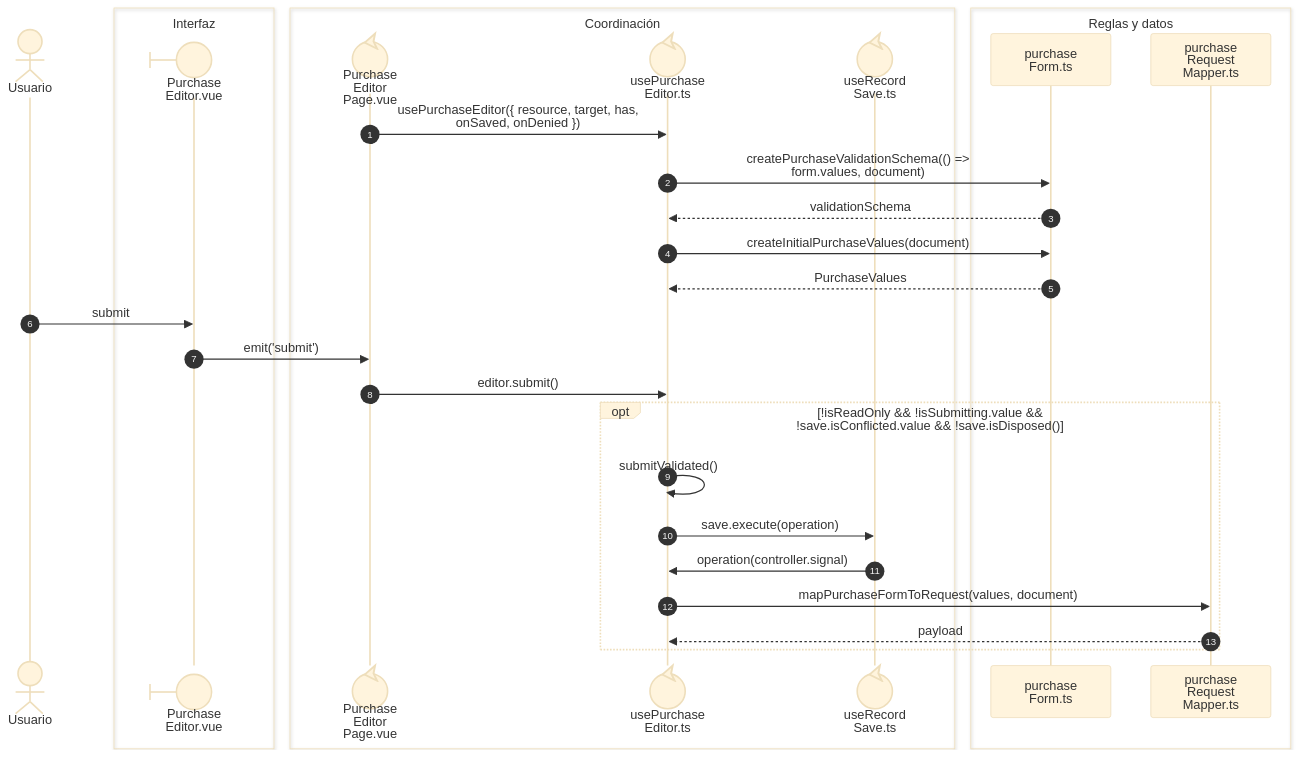
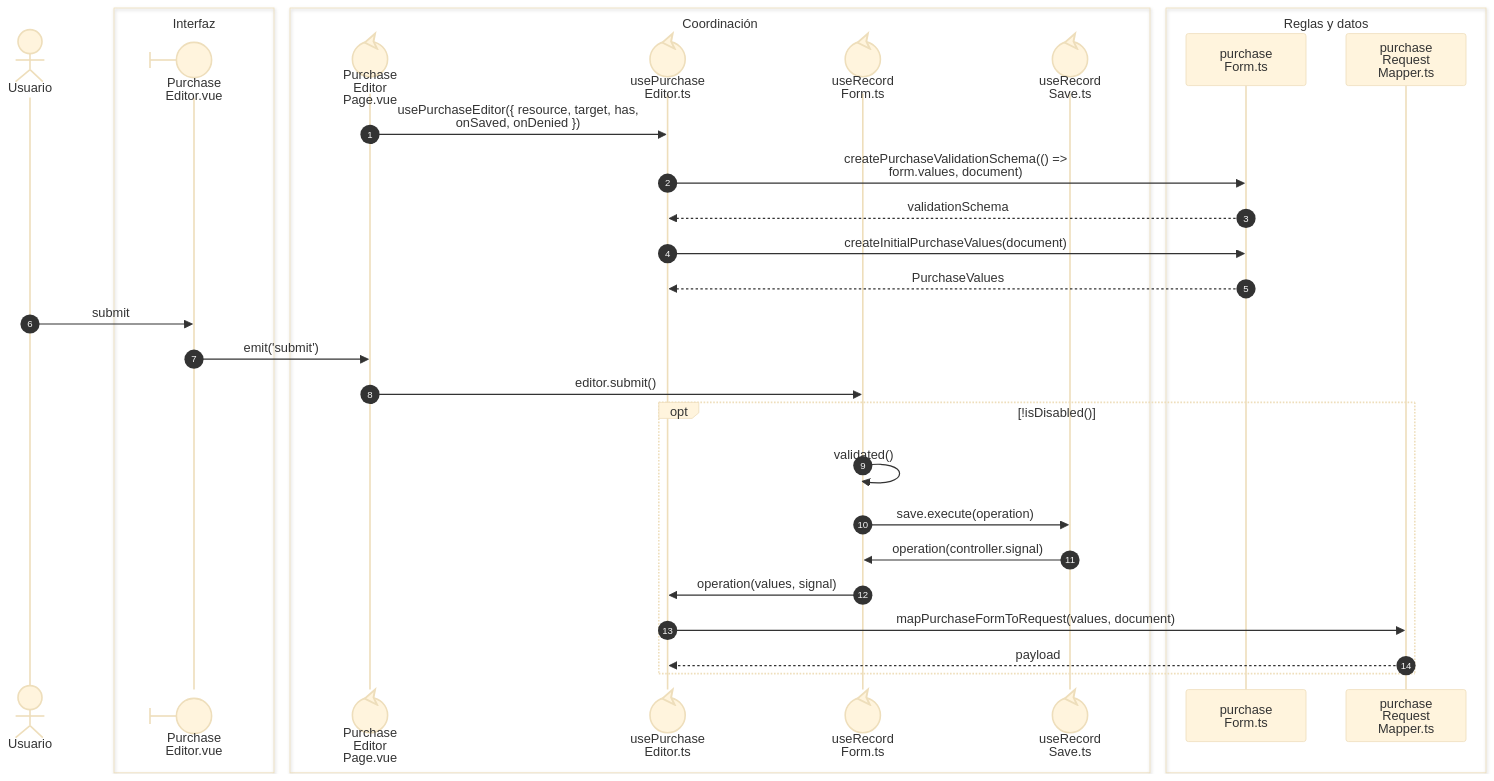
Before and after one commit to gpgsistemas01/nexus: the first of 3 diagrams in front/docs/architecture/views/processes/06-purchases/02-purchase-save.md, drawn with Mermaid (base theme). The commit also changed other lines of this file and 82 other files, not shown here.

````diff
--- a/front/docs/architecture/views/processes/06-purchases/02-purchase-save.md
+++ b/front/docs/architecture/views/processes/06-purchases/02-purchase-save.md
@@ -9,32 +9,34 @@
 ```mermaid
 sequenceDiagram
     autonumber
     actor U as Usuario
     box Interfaz
     participant Form@{ "type": "boundary" } as Purchase<br/>Editor.vue
     end
     box Coordinación
     participant Page@{ "type": "control" } as Purchase<br/>Editor<br/>Page.vue
     participant Editor@{ "type": "control" } as usePurchase<br/>Editor.ts
+    participant Record@{ "type": "control" } as useRecord<br/>Form.ts
     participant Save@{ "type": "control" } as useRecord<br/>Save.ts
     end
     box Reglas y datos
     participant Schema as purchase<br/>Form.ts
     participant Mapper as purchase<br/>Request<br/>Mapper.ts
     end
     Page->>Editor: nowrap: usePurchaseEditor({ resource, target, has,<br/>onSaved, onDenied })
     Editor->>Schema: nowrap: createPurchaseValidationSchema(() =><br/>form.values, document)
     Schema-->>Editor: nowrap: validationSchema
     Editor->>Schema: nowrap: createInitialPurchaseValues(document)
     Schema-->>Editor: nowrap: PurchaseValues
     U->>Form: nowrap: submit
     Form->>Page: nowrap: emit('submit')
-    Page->>Editor: nowrap: editor.submit()
-    opt nowrap: !isReadOnly && !isSubmitting.value &&<br/>!save.isConflicted.value && !save.isDisposed()
-        Editor->>Editor: nowrap: submitValidated()
-        Editor->>Save: nowrap: save.execute(operation)
-        Save->>Editor: nowrap: operation(controller.signal)
+    Page->>Record: nowrap: editor.submit()
+    opt nowrap: !isDisabled()
+        Record->>Record: nowrap: validated()
+        Record->>Save: nowrap: save.execute(operation)
+        Save->>Record: nowrap: operation(controller.signal)
+        Record->>Editor: nowrap: operation(values, signal)
         Editor->>Mapper: nowrap: mapPurchaseFormToRequest(values, document)
         Mapper-->>Editor: nowrap: payload
     end
 ```
````
